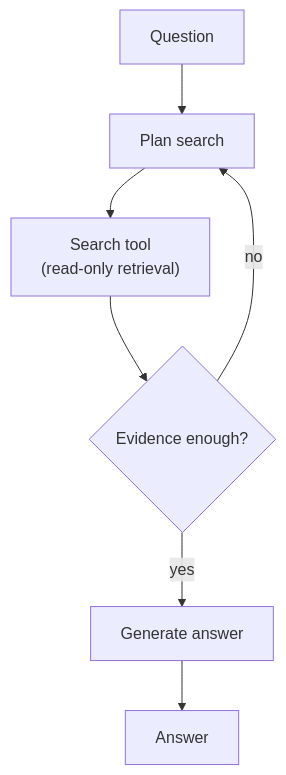
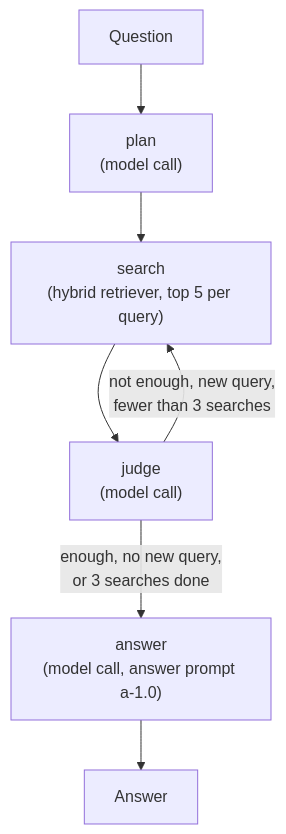
The fifth of 5 diagrams in experiments/02-rag-architecture-comparison/docs/architecture.md (ferozyk/ai-engineering-lab), drawn with Mermaid before and after one commit. The commit also changed other lines of this file and 32 other files, not shown here.

Commit message:
feat: add experiment 02 architecture D (agentic RAG with LangGraph)

````diff
--- a/experiments/02-rag-architecture-comparison/docs/architecture.md
+++ b/experiments/02-rag-architecture-comparison/docs/architecture.md
@@ -216,9 +216,9 @@
 ```mermaid
 flowchart TB
-    Q["Question"] --> P["Plan search"]
-    P --> S["Search tool<br/>(read-only retrieval)"]
-    S --> J{"Evidence enough?"}
-    J -- "no" --> P
-    J -- "yes" --> G["Generate answer"]
+    Q["Question"] --> P["plan<br/>(model call)"]
+    P --> S["search<br/>(hybrid retriever, top 5 per query)"]
+    S --> J["judge<br/>(model call)"]
+    J -- "enough, no new query,<br/>or 3 searches done" --> G["answer<br/>(model call, answer prompt a-1.0)"]
+    J -- "not enough, new query,<br/>fewer than 3 searches" --> S
     G --> A["Answer"]
 ```
````
